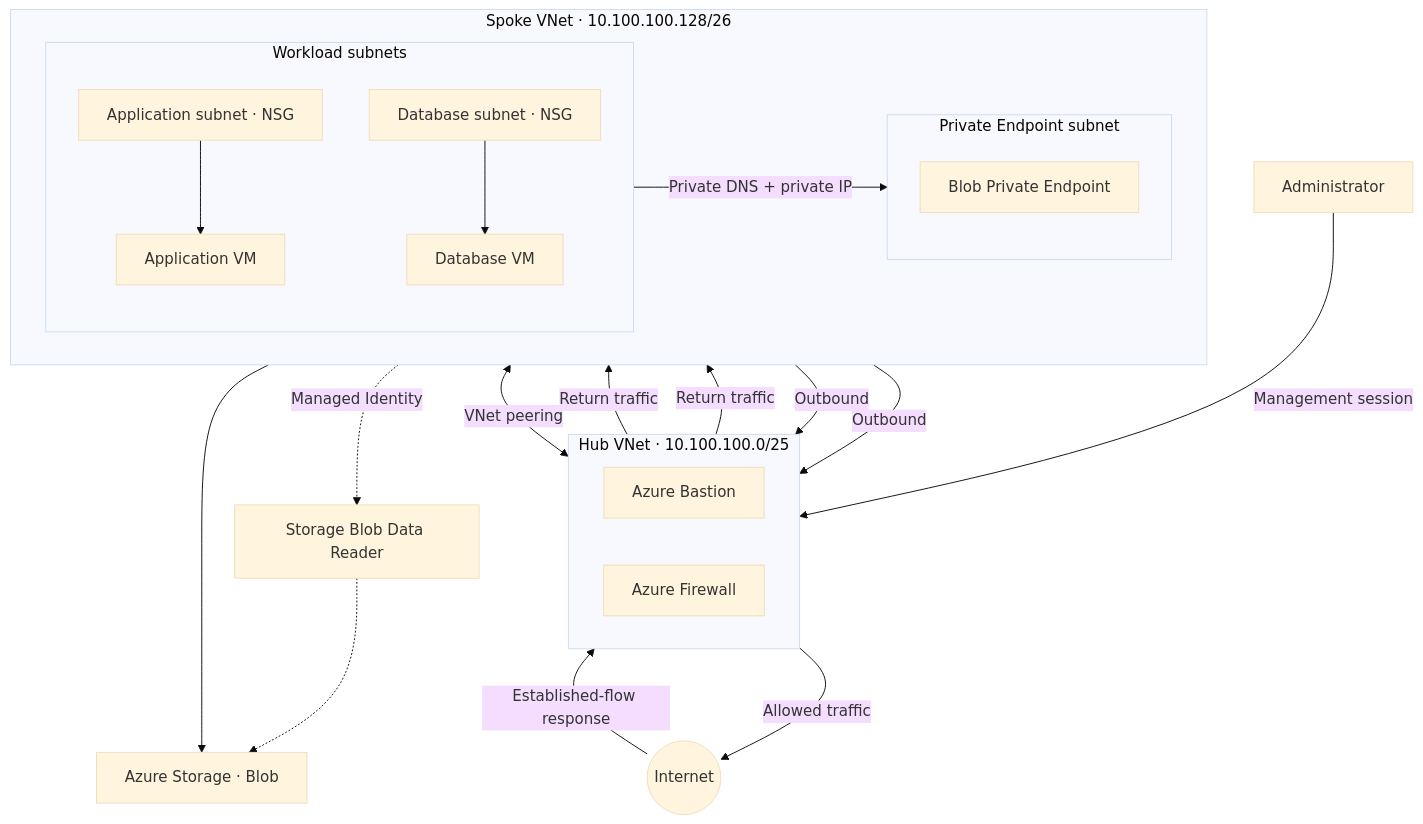
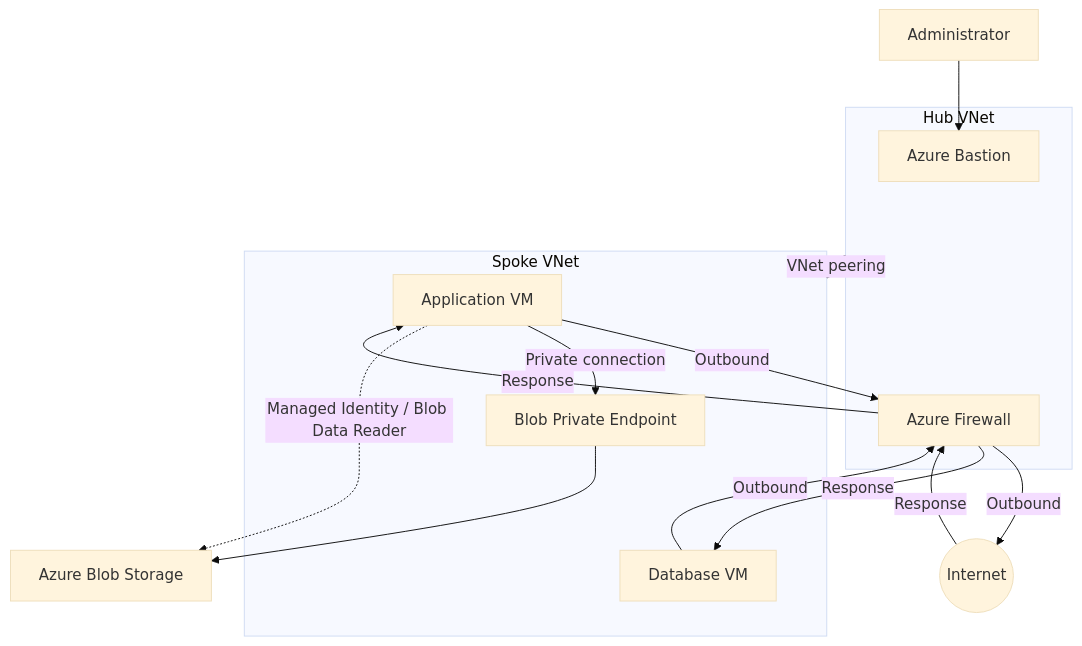
Before and after one commit to tee-koo/Azure-Security-Labs: the diagram in Hub-and-Spoke-Network/README.md, drawn with Mermaid (base theme). The commit also changed other lines of this file, not shown here.

Commit message:
Simplify hub-and-spoke architecture diagram

````diff
--- a/Hub-and-Spoke-Network/README.md
+++ b/Hub-and-Spoke-Network/README.md
@@ -26,38 +26,28 @@
 ```mermaid
 flowchart TB
-    Admin[Administrator] -->|Management session| Bastion
+    Admin[Administrator] --> Bastion[Azure Bastion]
 
-    subgraph Hub["Hub VNet · 10.100.100.0/25"]
-        direction LR
-        Bastion[Azure Bastion]
+    subgraph Hub["Hub VNet"]
+        Bastion
         Firewall[Azure Firewall]
     end
 
-    subgraph Spoke["Spoke VNet · 10.100.100.128/26"]
-        direction LR
-        subgraph Workloads["Workload subnets"]
-            direction TB
-            AppSubnet["Application subnet · NSG"] --> AppVM[Application VM]
-            DbSubnet["Database subnet · NSG"] --> DbVM[Database VM]
-        end
-        subgraph PrivateAccess["Private Endpoint subnet"]
-            direction TB
-            PE[Blob Private Endpoint]
-        end
+    subgraph Spoke["Spoke VNet"]
+        AppVM[Application VM]
+        DbVM[Database VM]
+        PE[Blob Private Endpoint]
     end
 
     Hub <-->|VNet peering| Spoke
 
     AppVM -->|Outbound| Firewall
     DbVM -->|Outbound| Firewall
-    Firewall -->|Allowed traffic| Internet((Internet))
-    Internet -->|Established-flow response| Firewall
-    Firewall -->|Return traffic| AppVM
-    Firewall -->|Return traffic| DbVM
+    Firewall -->|Outbound| Internet((Internet))
+    Internet -->|Response| Firewall
+    Firewall -->|Response| AppVM
+    Firewall -->|Response| DbVM
 
-    AppVM -->|Private DNS + private IP| PE
-    PE --> Storage[Azure Storage · Blob]
-
-    AppVM -.->|Managed Identity| BlobRole["Storage Blob Data Reader"]
-    BlobRole -.-> Storage
+    AppVM -->|Private connection| PE
+    PE --> Storage[Azure Blob Storage]
+    AppVM -.->|Managed Identity / Blob Data Reader| Storage
 ```
````
